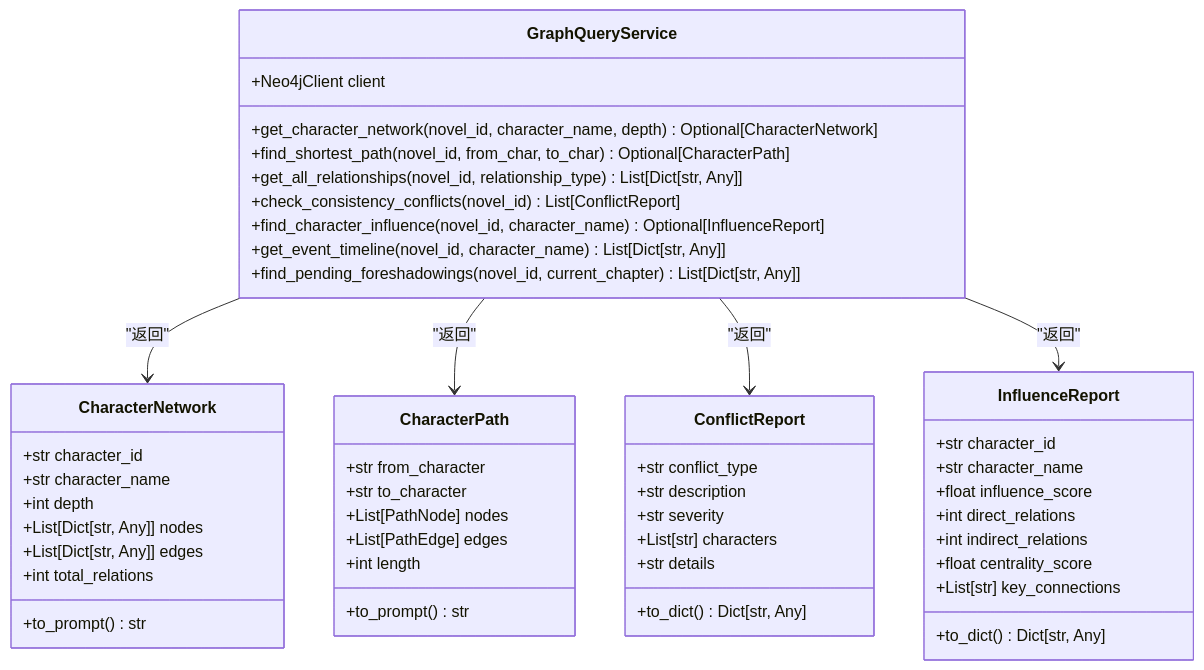
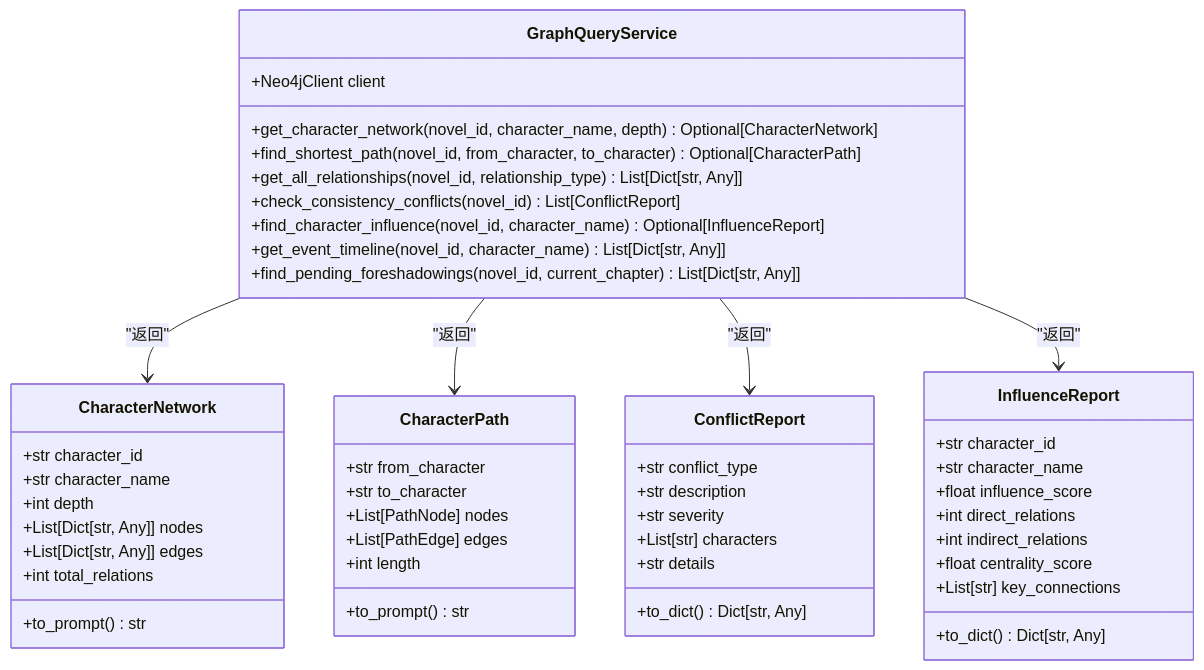
Before and after one commit to xfbyxq/ai-novel-system: diagram 17 of 29 in .qoder/repowiki/zh/content/Generation Service.md, drawn with Mermaid. The commit also changed other lines of this file and 8 other files, not shown here.

````diff
--- a/.qoder/repowiki/zh/content/Generation Service.md
+++ b/.qoder/repowiki/zh/content/Generation Service.md
@@ -891,52 +956,52 @@
 ```mermaid
 classDiagram
 class GraphQueryService {
 +Neo4jClient client
 +get_character_network(novel_id, character_name, depth) Optional[CharacterNetwork]
-+find_shortest_path(novel_id, from_char, to_char) Optional[CharacterPath]
++find_shortest_path(novel_id, from_character, to_character) Optional[CharacterPath]
 +get_all_relationships(novel_id, relationship_type) List[Dict[str, Any]]
 +check_consistency_conflicts(novel_id) List[ConflictReport]
 +find_character_influence(novel_id, character_name) Optional[InfluenceReport]
 +get_event_timeline(novel_id, character_name) List[Dict[str, Any]]
 +find_pending_foreshadowings(novel_id, current_chapter) List[Dict[str, Any]]
 }
 class CharacterNetwork {
 +str character_id
 +str character_name
 +int depth
 +List[Dict[str, Any]] nodes
 +List[Dict[str, Any]] edges
 +int total_relations
 +to_prompt() str
 }
 class CharacterPath {
 +str from_character
 +str to_character
 +List[PathNode] nodes
 +List[PathEdge] edges
 +int length
 +to_prompt() str
 }
 class ConflictReport {
 +str conflict_type
 +str description
 +str severity
 +List[str] characters
 +str details
 +to_dict() Dict[str, Any]
 }
 class InfluenceReport {
 +str character_id
 +str character_name
 +float influence_score
 +int direct_relations
 +int indirect_relations
 +float centrality_score
 +List[str] key_connections
 +to_dict() Dict[str, Any]
 }
 GraphQueryService --> CharacterNetwork : "返回"
 GraphQueryService --> CharacterPath : "返回"
 GraphQueryService --> ConflictReport : "返回"
 GraphQueryService --> InfluenceReport : "返回"
 ```
````
